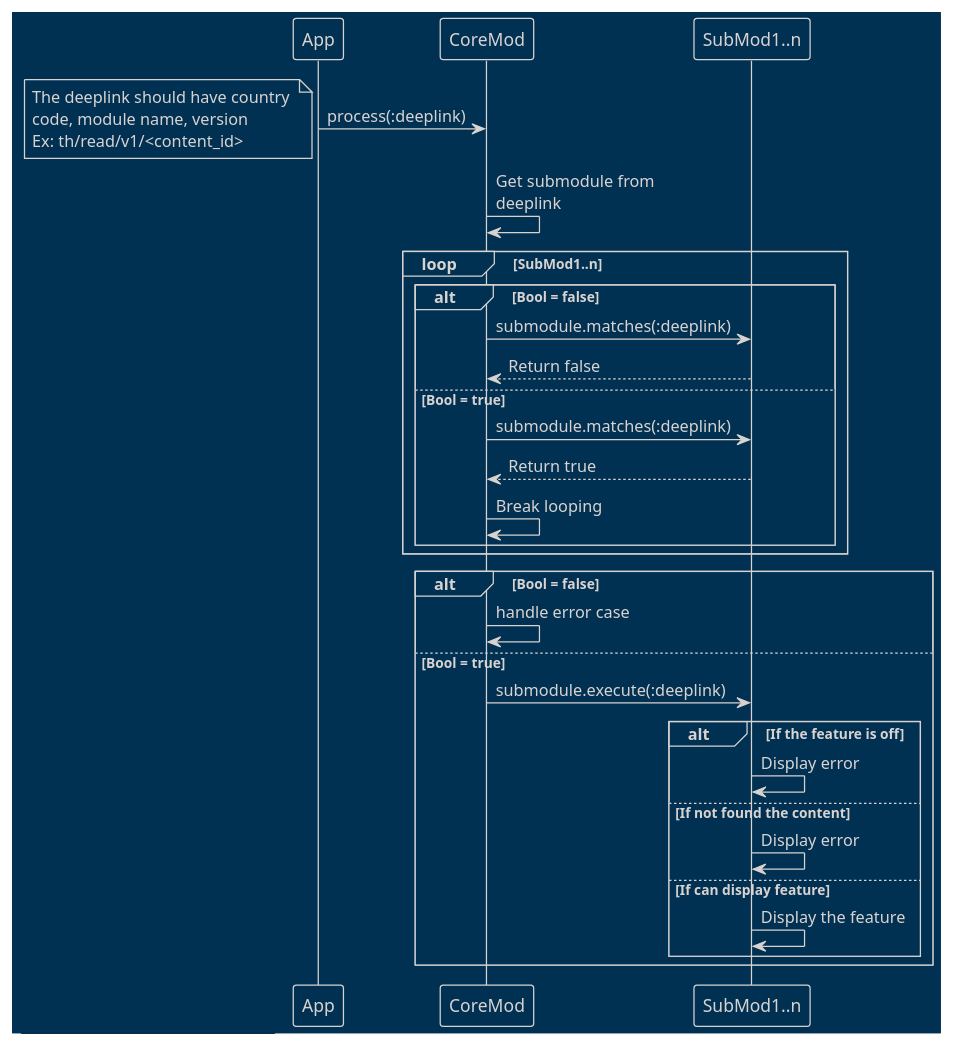
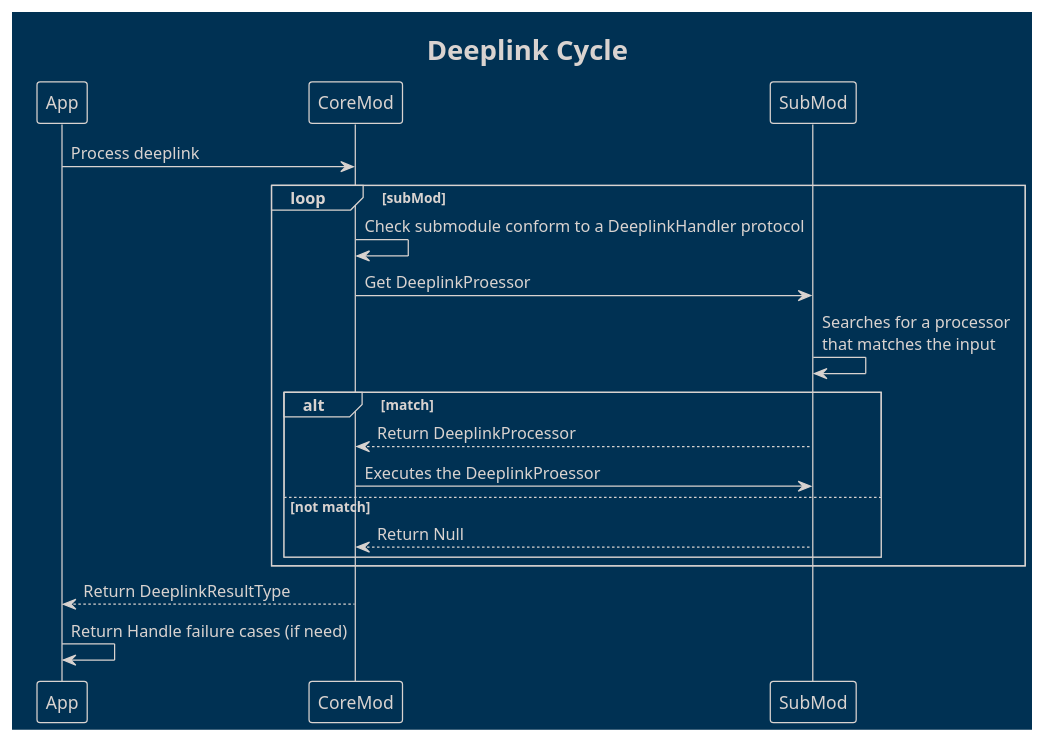
One commit to atikomtancharoen/DeepLinkScaling changed the diagram in deeplink.plantuml. Above: the diagram before and after it, drawn with PlantUML. The commit also changed 9 other files, not shown here.

```diff
--- a/deeplink.plantuml
+++ b/deeplink.plantuml
@@ -1,30 +1,23 @@
 @startuml DeepLink
 !theme blueprint
-App -> CoreMod : process(:deeplink)
-note left: The deeplink should have country \ncode, module name, version\nEx: th/read/v1/<content_id>
-CoreMod -> CoreMod: Get submodule from\ndeeplink
-loop SubMod1..n
-    alt Bool = false
-        CoreMod -> SubMod1..n: submodule.matches(:deeplink)
-        SubMod1..n --> CoreMod: Return false
-    else Bool = true
-        CoreMod -> SubMod1..n: submodule.matches(:deeplink)
-        SubMod1..n --> CoreMod: Return true
-        CoreMod -> CoreMod: Break looping
+title Deeplink Cycle
+
+App -> CoreMod : Process deeplink
+
+loop subMod
+    CoreMod -> CoreMod: Check submodule conform to a DeeplinkHandler protocol
+    CoreMod -> SubMod: Get DeeplinkProessor
+    SubMod -> SubMod: Searches for a processor\nthat matches the input
+    
+    alt match
+        SubMod --> CoreMod: Return DeeplinkProcessor
+        CoreMod -> SubMod: Executes the DeeplinkProessor
+
+    else not match
+        SubMod --> CoreMod: Return Null
     end
 end
-
-alt Bool = false
-    CoreMod -> CoreMod: handle error case
-else Bool = true
-    CoreMod -> SubMod1..n: submodule.execute(:deeplink)
-    alt If the feature is off
-        SubMod1..n -> SubMod1..n: Display error
-    else If not found the content
-        SubMod1..n -> SubMod1..n: Display error
-    else If can display feature
-        SubMod1..n -> SubMod1..n: Display the feature
-    end
-end
-
+    
+CoreMod --> App : Return DeeplinkResultType
+App -> App : Return Handle failure cases (if need)
 @enduml
```
